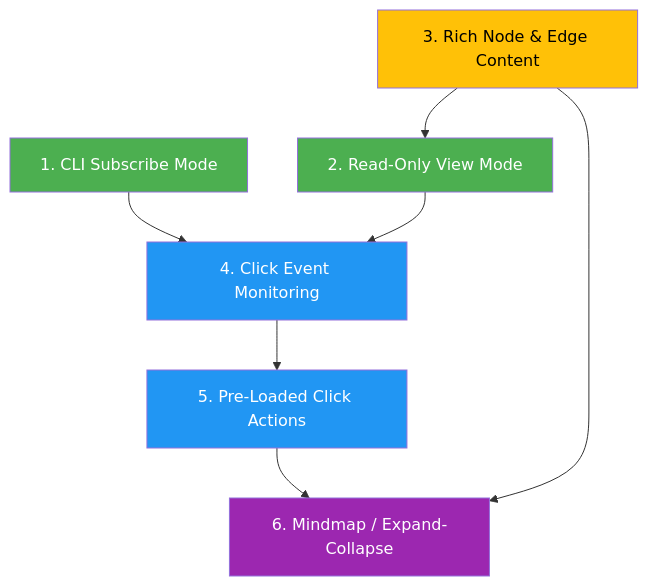
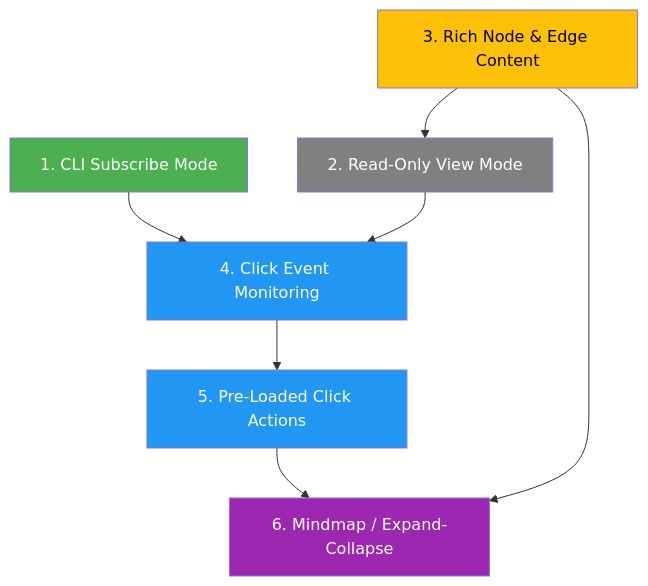
The diagram in FUTURE_WORK.md (gwwtests/graph-vis-rest-and-cli), drawn with Mermaid before and after one commit. The commit also changed other lines of this file and 2 other files, not shown here.

````diff
--- a/FUTURE_WORK.md
+++ b/FUTURE_WORK.md
@@ -5,16 +5,16 @@
 ```mermaid
 graph TD
     A[1. CLI Subscribe Mode] --> D[4. Click Event Monitoring]
     B[2. Read-Only View Mode] --> D
     D --> E[5. Pre-Loaded Click Actions]
     E --> F[6. Mindmap / Expand-Collapse]
     C[3. Rich Node & Edge Content] --> F
     C --> B
 
     style A fill:#4CAF50,color:white
-    style B fill:#4CAF50,color:white
+    style B fill:#808080,color:white
     style C fill:#FFC107,color:black
     style D fill:#2196F3,color:white
     style E fill:#2196F3,color:white
     style F fill:#9C27B0,color:white
 ```
````
